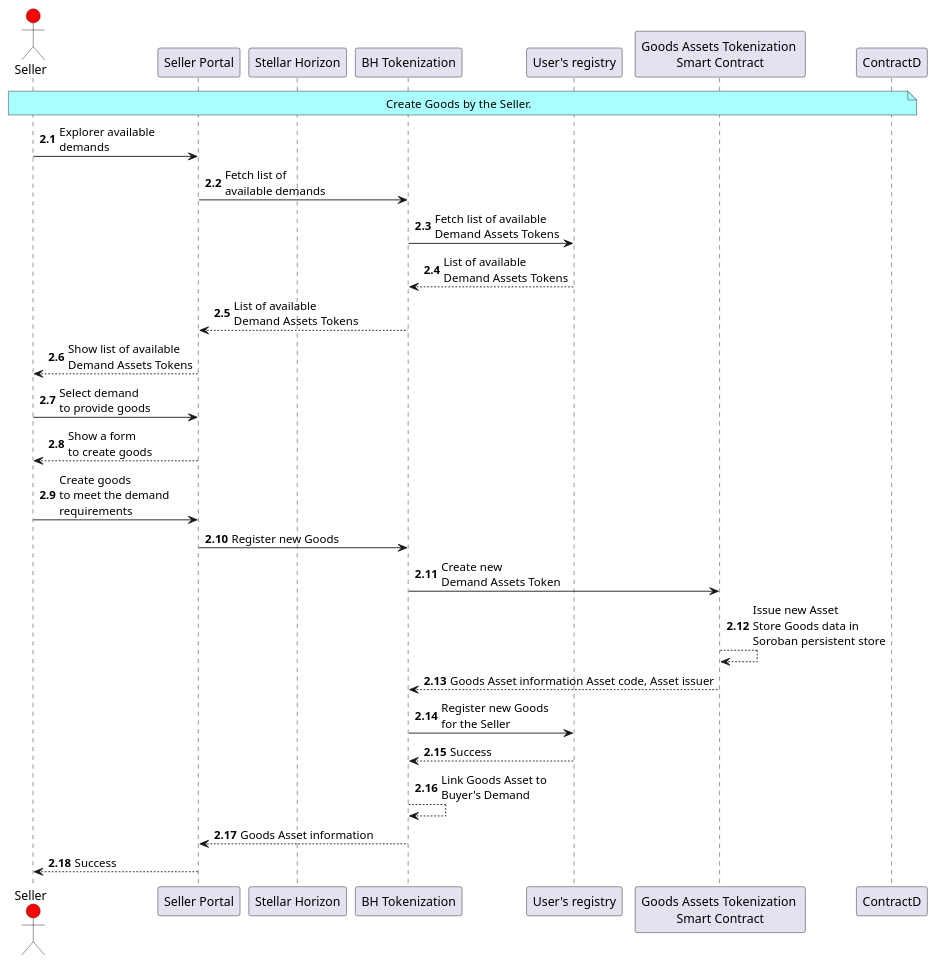
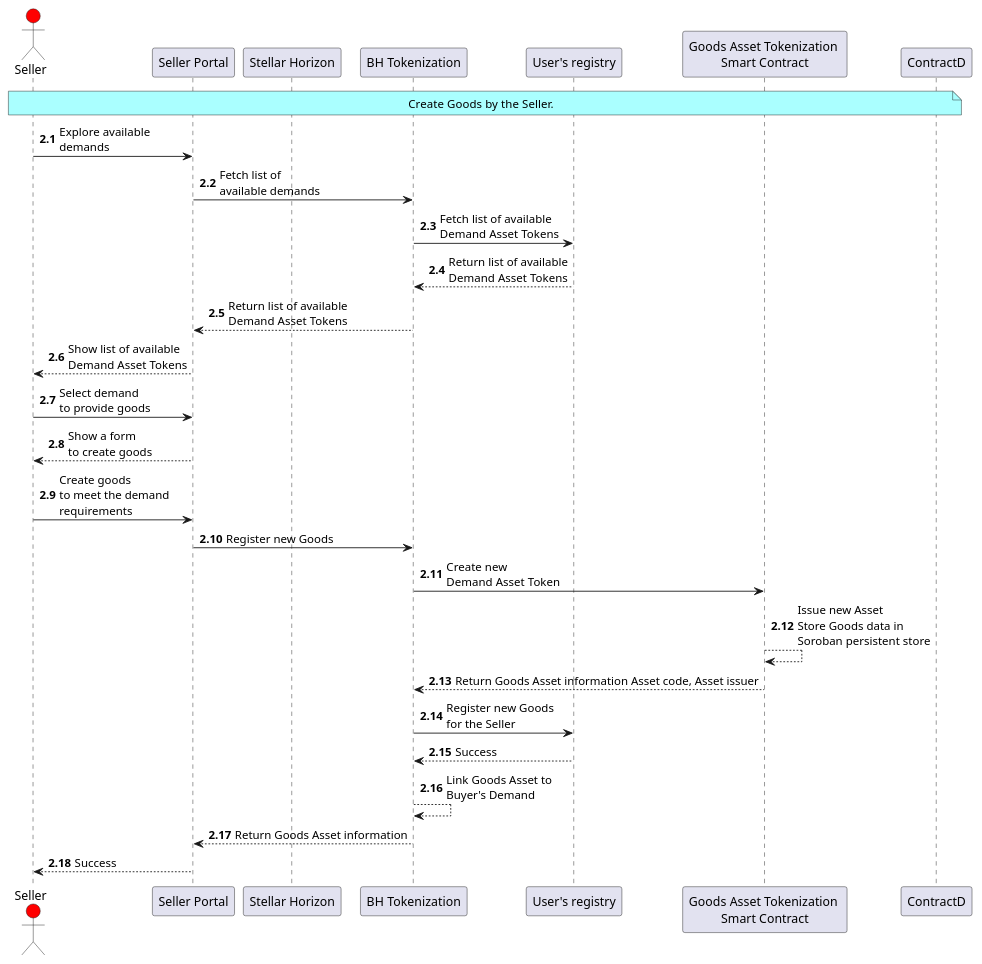
Before and after one commit to TatarinovIgor/birdhouse-contract: the diagram in uml/BHTokenization_sequence_2.puml, drawn with PlantUML. The commit also changed 7 other files, not shown here.

Commit message:
fixes for diagrams

```diff
--- a/uml/BHTokenization_sequence_2.puml
+++ b/uml/BHTokenization_sequence_2.puml
@@ -1,38 +1,38 @@
 @startuml
 'https://plantuml.com/sequence-diagram
 
 autonumber
 
 actor "Seller" as Seller #red
 
 participant "Seller Portal" as SystemS
 
 participant "Stellar Horizon" as Stellar
 
 participant "BH Tokenization" as Tokenizer
 participant "User's registry" as Registry
 
-participant "Goods Assets Tokenization \nSmart Contract" as ContractG
+participant "Goods Asset Tokenization \nSmart Contract" as ContractG
 
 note over Seller, ContractD #AAFFFF: Create Goods by the Seller.
 autonumber 2.1
-Seller -> SystemS : Explorer available\ndemands
+Seller -> SystemS : Explore available\ndemands
 SystemS -> Tokenizer : Fetch list of\navailable demands
-Tokenizer -> Registry : Fetch list of available\nDemand Assets Tokens
-Registry --> Tokenizer : List of available\nDemand Assets Tokens
-Tokenizer --> SystemS : List of available\nDemand Assets Tokens
-SystemS --> Seller : Show list of available\nDemand Assets Tokens
+Tokenizer -> Registry : Fetch list of available\nDemand Asset Tokens
+Registry --> Tokenizer : Return list of available\nDemand Asset Tokens
+Tokenizer --> SystemS : Return list of available\nDemand Asset Tokens
+SystemS --> Seller : Show list of available\nDemand Asset Tokens
 Seller -> SystemS : Select demand\nto provide goods
 SystemS --> Seller : Show a form\nto create goods
 Seller -> SystemS : Create goods\nto meet the demand\nrequirements
 SystemS -> Tokenizer : Register new Goods
-Tokenizer -> ContractG : Create new\nDemand Assets Token
+Tokenizer -> ContractG : Create new\nDemand Asset Token
 ContractG --> ContractG : Issue new Asset\nStore Goods data in\nSoroban persistent store
-ContractG --> Tokenizer : Goods Asset information Asset code, Asset issuer
+ContractG --> Tokenizer : Return Goods Asset information Asset code, Asset issuer
 Tokenizer -> Registry : Register new Goods\nfor the Seller
 Registry --> Tokenizer : Success
 Tokenizer --> Tokenizer : Link Goods Asset to\nBuyer's Demand
-Tokenizer --> SystemS : Goods Asset information
+Tokenizer --> SystemS : Return Goods Asset information
 SystemS --> Seller : Success
 
 @enduml
```
